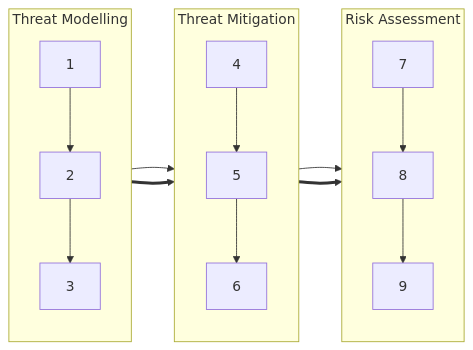
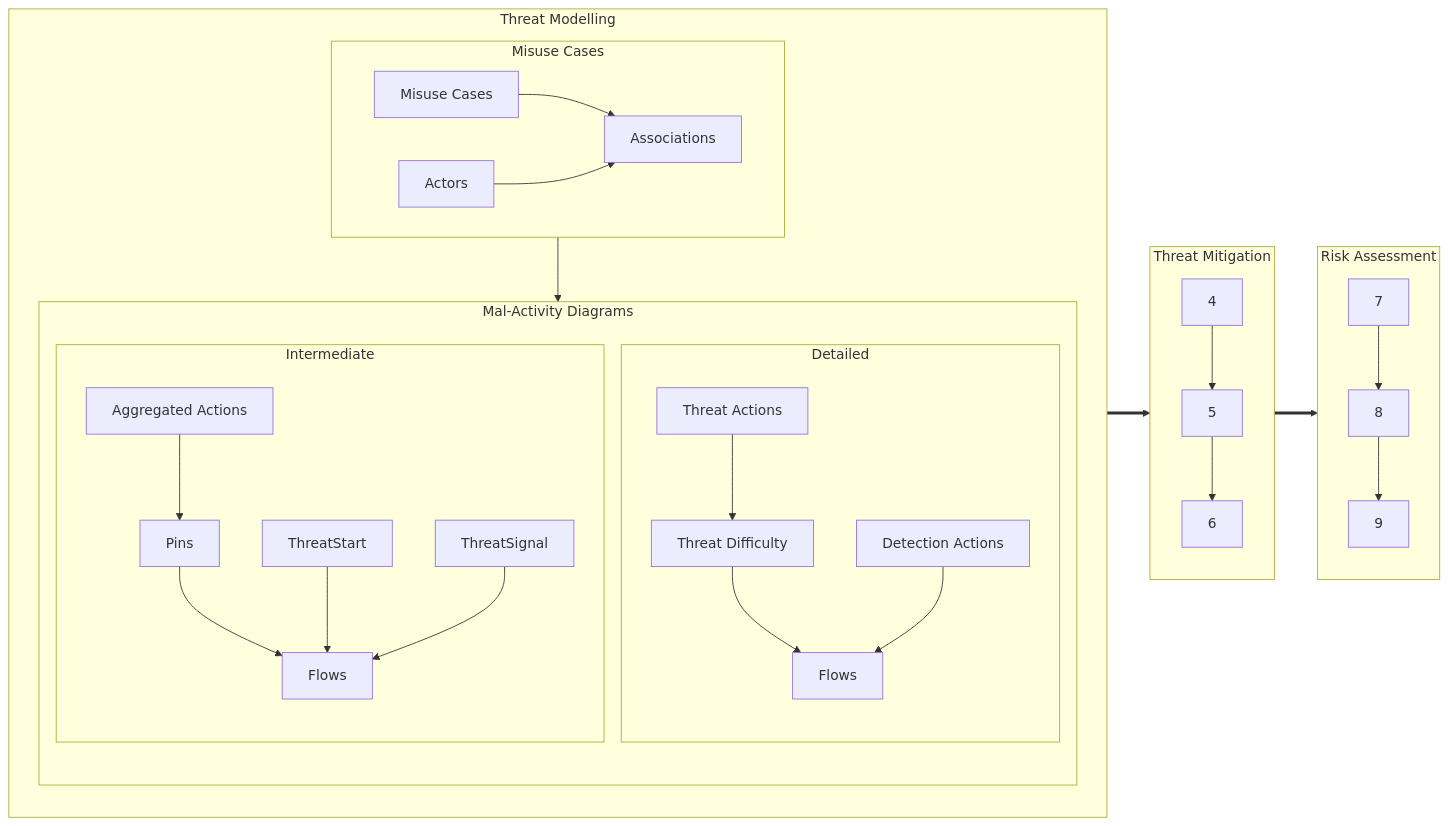
One commit to stuartfowler/CEMT changed the diagram in README.md. Above: the diagram before and after it, drawn with Mermaid.

````diff
--- a/README.md
+++ b/README.md
@@ -97,18 +97,47 @@
 ```mermaid
 flowchart LR
   subgraph TMo["Threat Modelling"]
     direction TB
-    1 --> 2 --> 3
+    subgraph 1["Misuse Cases"]
+      direction LR
+      1a["Misuse Cases"]
+      1b["Actors"]
+      1c["Associations"]
+      1a --> 1c
+      1b --> 1c
+    end
+    subgraph 2["Mal-Activity Diagrams"]
+      direction TB
+      subgraph 21["Intermediate"]
+        direction LR
+        21a["Aggregated Actions"]
+        21b["Pins"]
+        21c["ThreatStart"]
+        21d["ThreatSignal"]
+        21e["Flows"]
+        21a --> 21b --> 21e
+        21c --> 21e
+        21d --> 21e
+      end
+      subgraph 22["Detailed"]
+        direction LR
+        2a["Threat Actions"]
+        2b["Detection Actions"]
+        2c["Threat Difficulty"]
+        2d["Flows"]
+        2a --> 2c --> 2d
+        2b --> 2d
+      end
+    end
+    1 --> 2
   end
   subgraph TMi["Threat Mitigation"]
     direction TB
     4 --> 5 --> 6
   end
   subgraph RA["Risk Assessment"]
     direction TB
     7 --> 8 --> 9
   end
   TMo ==> TMi ==> RA
-  3 --> 4
-  6 --> 7
 ```
````
